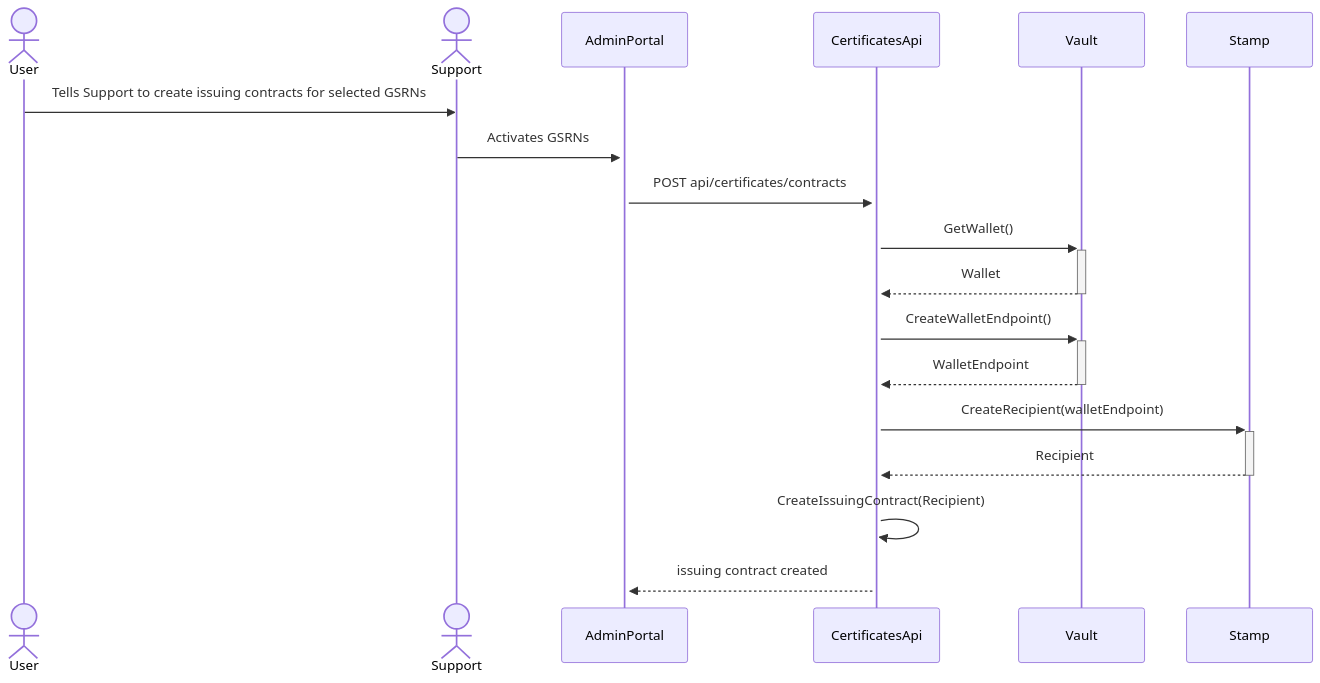
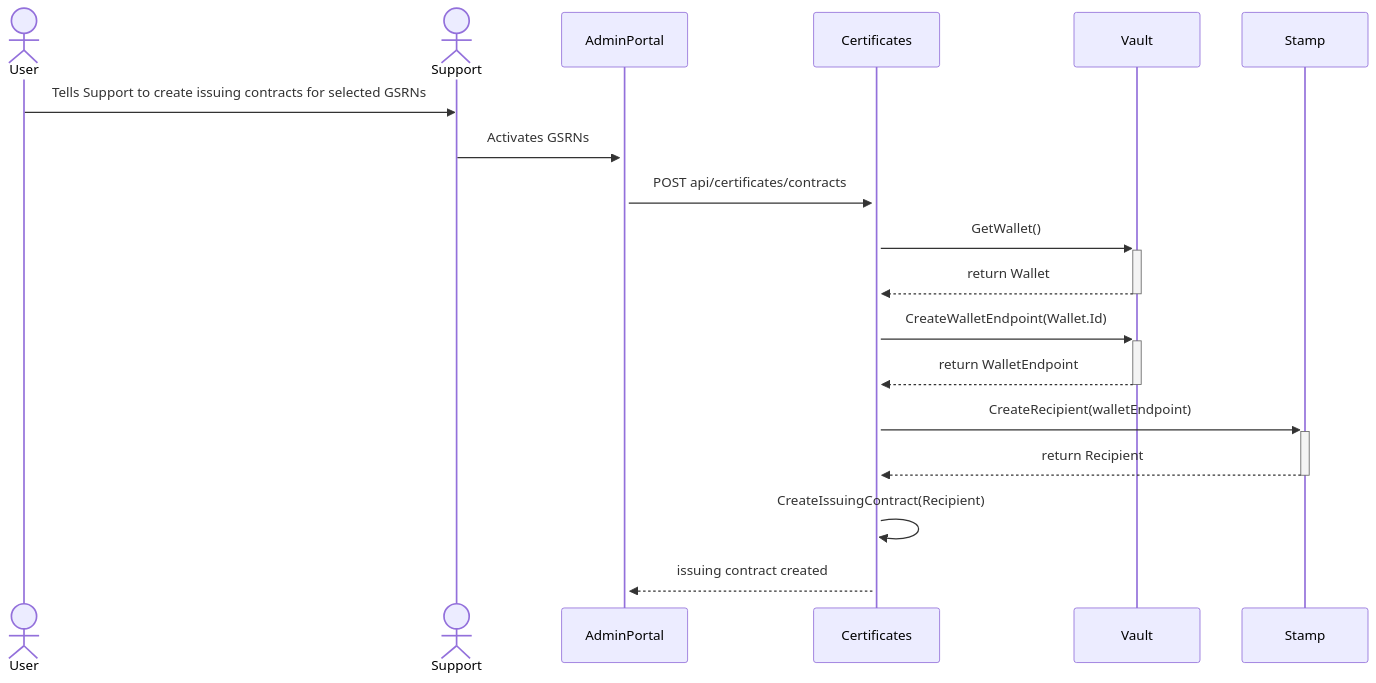
The diagram in doc/architecture/domains/certificates.md (Energinet-DataHub/energy-origin), drawn with Mermaid before and after one commit. The commit also changed other lines of this file, not shown here.

Commit message:
review changes

````diff
--- a/doc/architecture/domains/certificates.md
+++ b/doc/architecture/domains/certificates.md
@@ -19,23 +19,23 @@
 ```mermaid
 sequenceDiagram
     actor user as User
     actor support as Support
     participant ap as AdminPortal
-    participant capi as CertificatesApi
+    participant capi as Certificates
     participant vault as Vault
     participant stamp as Stamp
 
     user ->> support: Tells Support to create issuing contracts for selected GSRNs
 
     support ->>+ ap: Activates GSRNs
     ap ->>+ capi: POST api/certificates/contracts
     capi ->>+ vault: GetWallet()
-    vault -->>- capi: Wallet
-    capi ->>+ vault: CreateWalletEndpoint()
-    vault -->>- capi: WalletEndpoint
+    vault -->>- capi: return Wallet
+    capi ->>+ vault: CreateWalletEndpoint(Wallet.Id)
+    vault -->>- capi: return WalletEndpoint
     capi ->>+ stamp: CreateRecipient(walletEndpoint)
-    stamp -->>- capi: Recipient
+    stamp -->>- capi: return Recipient
     capi ->>+ capi: CreateIssuingContract(Recipient)
     capi -->> ap: issuing contract created
 
 ```
````
